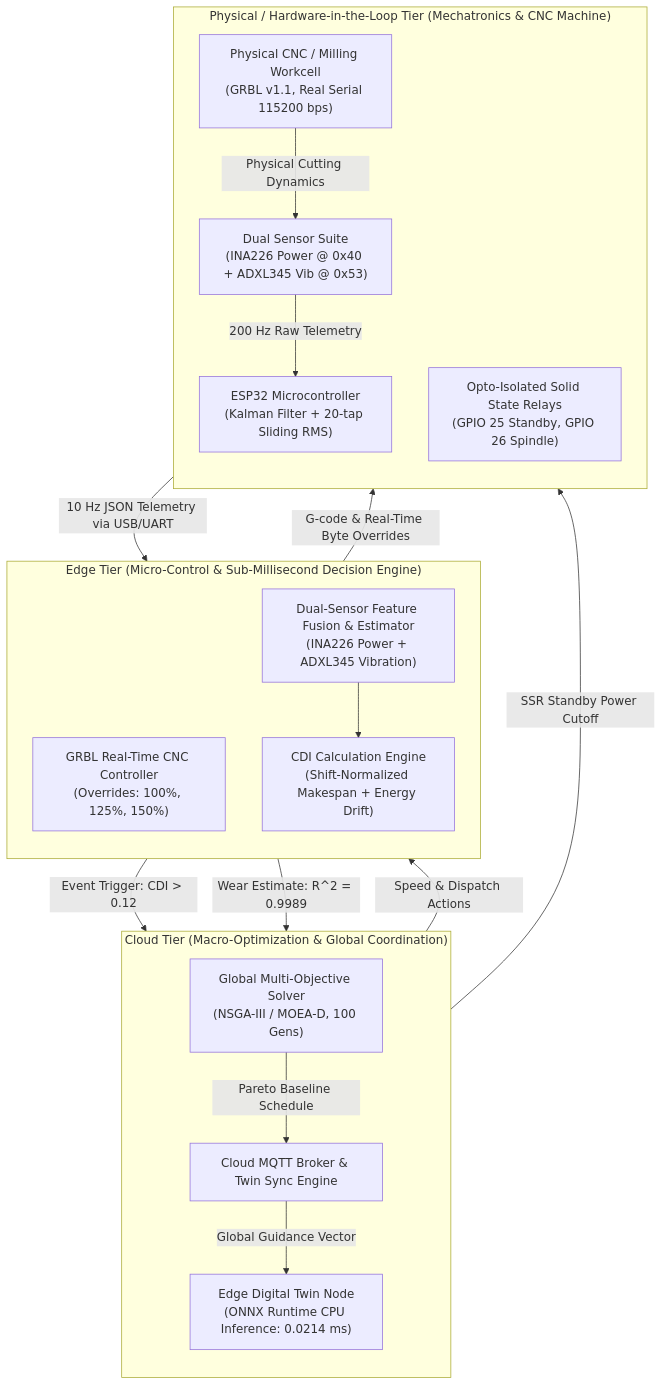
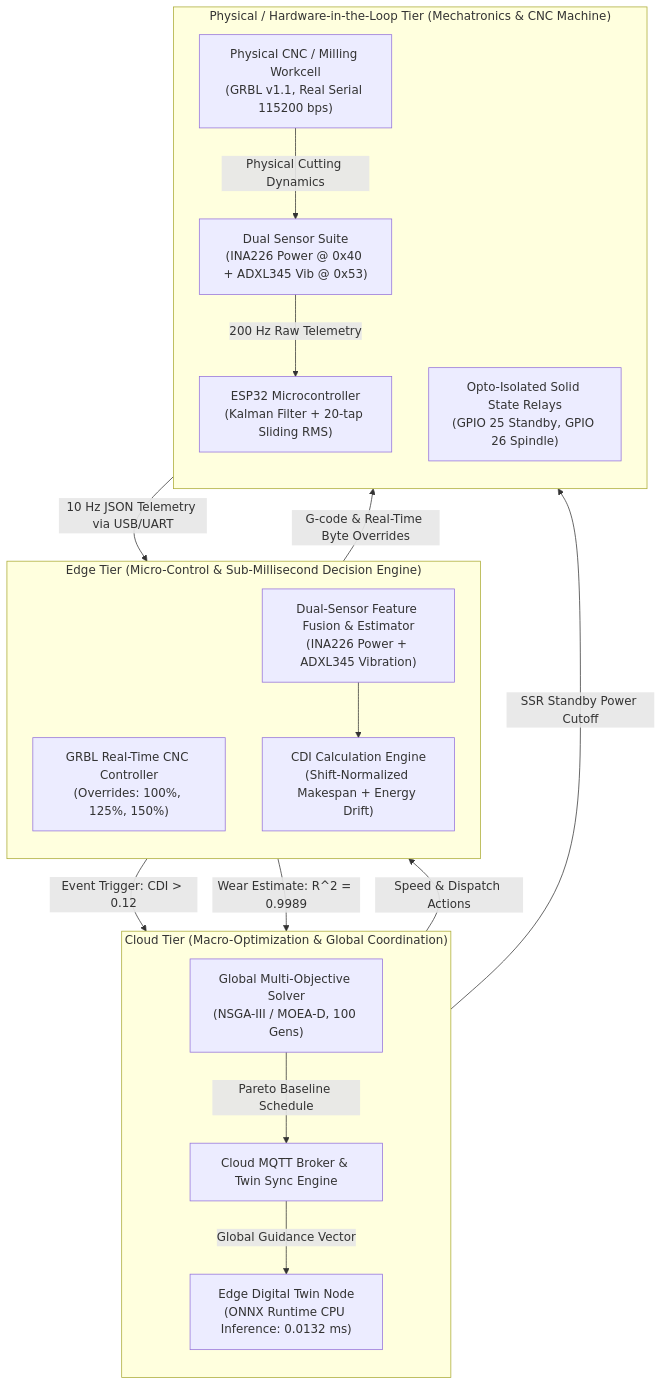
One commit to neyugn1125/cloud_edge_fjsp_dt changed the diagram in README.md. Above: the diagram before and after it, drawn with Mermaid. The commit also changed other lines of this file and 36 other files, not shown here.

````diff
--- a/README.md
+++ b/README.md
@@ -30,25 +30,25 @@
 ```mermaid
 flowchart TD
     subgraph CloudTier["Cloud Tier (Macro-Optimization & Global Coordination)"]
         direction TB
         C1["Global Multi-Objective Solver<br/>(NSGA-III / MOEA-D, 100 Gens)"] -->|Pareto Baseline Schedule| C2["Cloud MQTT Broker & Twin Sync Engine"]
         C2 -->|Global Guidance Vector| E1
     end
 
     subgraph EdgeTier["Edge Tier (Micro-Control & Sub-Millisecond Decision Engine)"]
         direction TB
-        E1["Edge Digital Twin Node<br/>(ONNX Runtime CPU Inference: 0.0214 ms)"] -->|Speed & Dispatch Actions| E2["GRBL Real-Time CNC Controller<br/>(Overrides: 100%, 125%, 150%)"]
+        E1["Edge Digital Twin Node<br/>(ONNX Runtime CPU Inference: 0.0132 ms)"] -->|Speed & Dispatch Actions| E2["GRBL Real-Time CNC Controller<br/>(Overrides: 100%, 125%, 150%)"]
         E3["CDI Calculation Engine<br/>(Shift-Normalized Makespan + Energy Drift)"] -->|Event Trigger: CDI > 0.12| C2
         E4["Dual-Sensor Feature Fusion & Estimator<br/>(INA226 Power + ADXL345 Vibration)"] -->|Wear Estimate: R^2 = 0.9989| E1
         E4 --> E3
     end
 
     subgraph PhysicalTier["Physical / Hardware-in-the-Loop Tier (Mechatronics & CNC Machine)"]
         direction TB
         P1["Physical CNC / Milling Workcell<br/>(GRBL v1.1, Real Serial 115200 bps)"] -->|Physical Cutting Dynamics| P2["Dual Sensor Suite<br/>(INA226 Power @ 0x40 + ADXL345 Vib @ 0x53)"]
         P2 -->|200 Hz Raw Telemetry| P3["ESP32 Microcontroller<br/>(Kalman Filter + 20-tap Sliding RMS)"]
         P3 -->|10 Hz JSON Telemetry via USB/UART| E4
         E2 -->|G-code & Real-Time Byte Overrides| P1
         E1 -->|SSR Standby Power Cutoff| P4["Opto-Isolated Solid State Relays<br/>(GPIO 25 Standby, GPIO 26 Spindle)"]
     end
 ```
````
